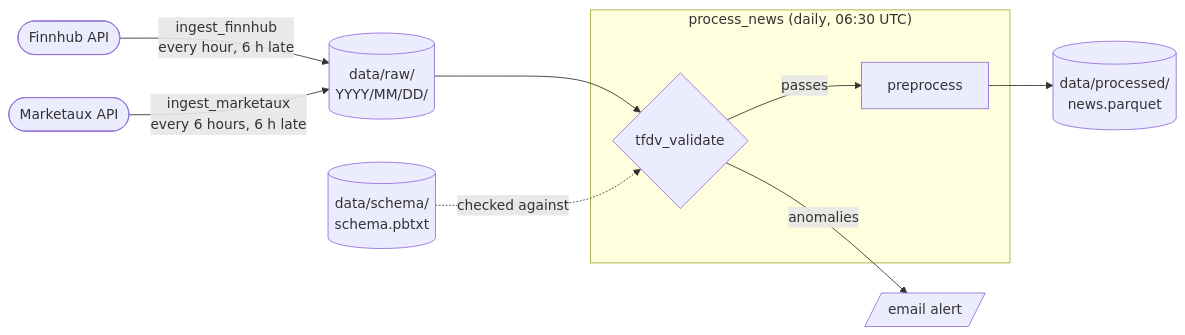
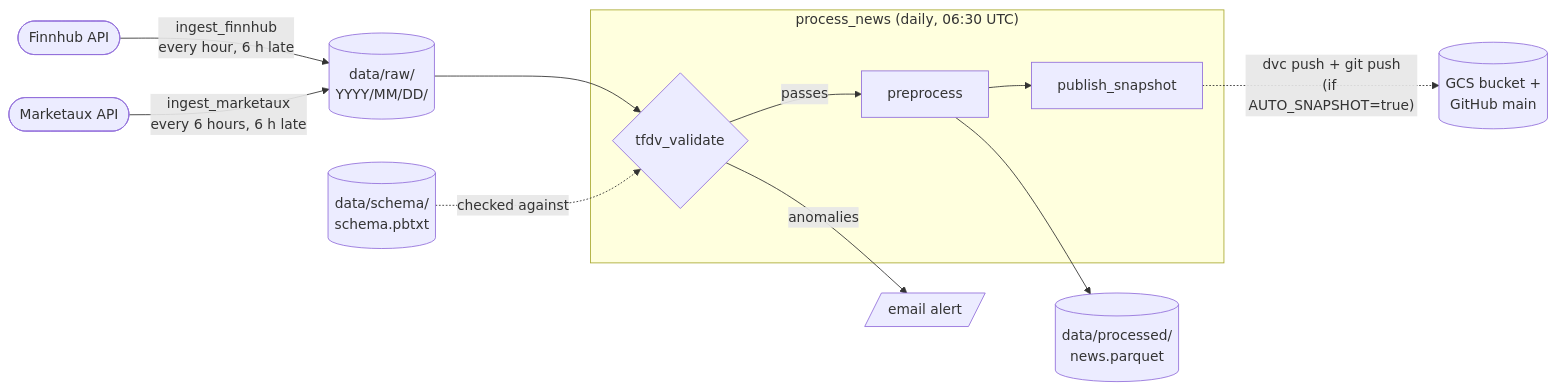
Before and after one commit to FinMLOps/finmlops-data-pipeline: the diagram in README.md, drawn with Mermaid. The commit also changed other lines of this file and 6 other files, not shown here.

First line of the commit message:
Rebuild news.parquet through DVC daily and add an optional publish_snapshot task

````diff
--- a/README.md
+++ b/README.md
@@ -23,14 +23,15 @@
 ```mermaid
 flowchart LR
     F([Finnhub API]) -- "ingest_finnhub<br/>every hour, 6 h late" --> R[("data/raw/<br/>YYYY/MM/DD/")]
     M([Marketaux API]) -- "ingest_marketaux<br/>every 6 hours, 6 h late" --> R
 
     subgraph process_news ["process_news (daily, 06:30 UTC)"]
-        V{tfdv_validate} -- passes --> P[preprocess]
+        V{tfdv_validate} -- passes --> P[preprocess] --> PS[publish_snapshot]
     end
 
     R --> V
     S[("data/schema/<br/>schema.pbtxt")] -. checked against .-> V
     V -- anomalies --> A[/email alert/]
     P --> O[("data/processed/<br/>news.parquet")]
+    PS -. "dvc push + git push<br/>(if AUTO_SNAPSHOT=true)" .-> G[("GCS bucket +<br/>GitHub main")]
 ```
````
